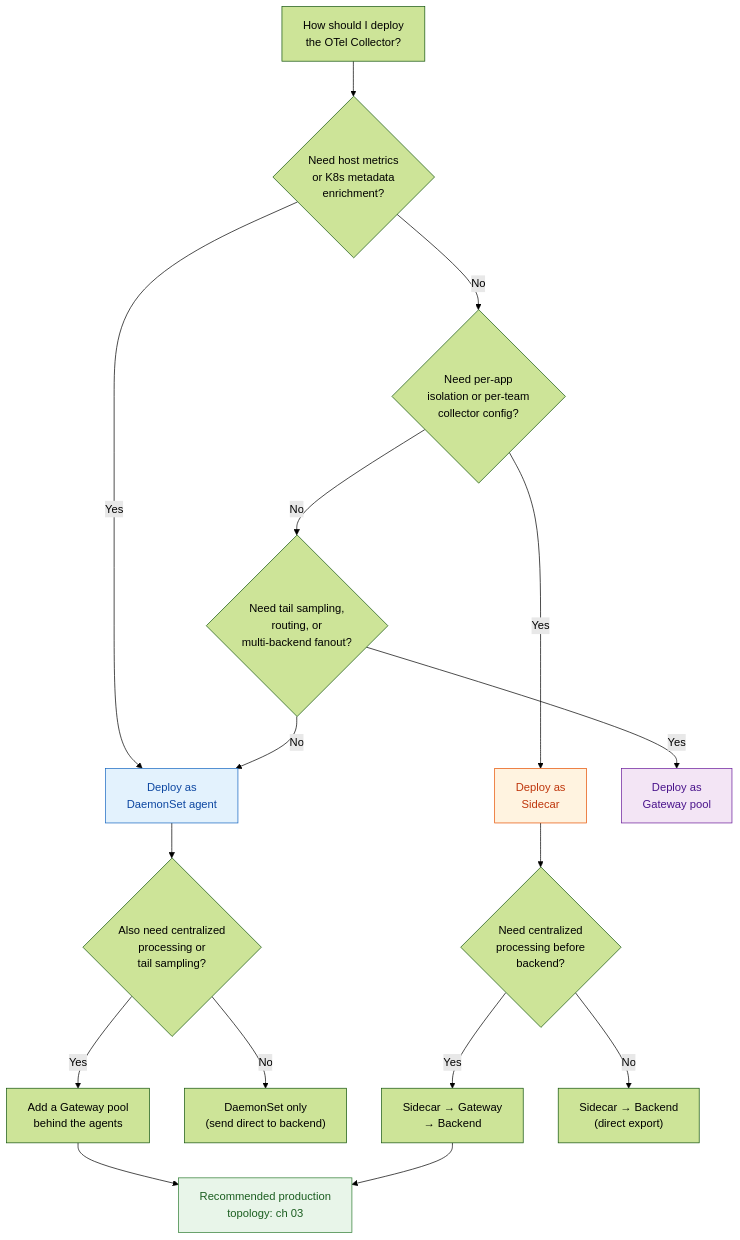
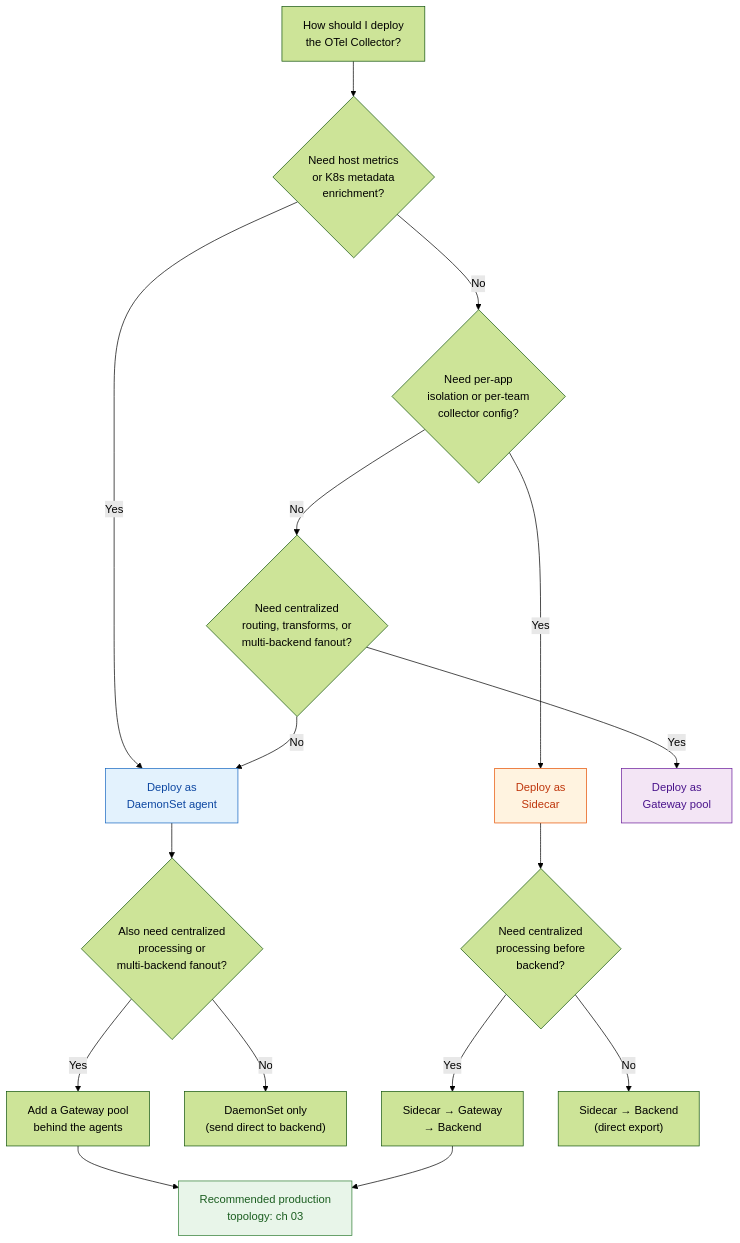
The second of 4 diagrams in 02-deployment-modes.md (andy-dufour/otel-collector-guide), drawn with Mermaid (forest theme) before and after one commit. The commit also changed other lines of this file and 11 other files, not shown here.

Commit message:
Remove tail sampling recommendations — not production-ready

````diff
--- a/02-deployment-modes.md
+++ b/02-deployment-modes.md
@@ -913,29 +912,29 @@
 ```mermaid
 flowchart TD
     START["How should I deploy<br/>the OTel Collector?"] --> Q1{"Need host metrics<br/>or K8s metadata<br/>enrichment?"}
 
     Q1 -->|Yes| DS["Deploy as<br/>DaemonSet agent"]
     Q1 -->|No| Q2{"Need per-app<br/>isolation or per-team<br/>collector config?"}
 
     Q2 -->|Yes| SC["Deploy as<br/>Sidecar"]
-    Q2 -->|No| Q3{"Need tail sampling,<br/>routing, or<br/>multi-backend fanout?"}
+    Q2 -->|No| Q3{"Need centralized<br/>routing, transforms, or<br/>multi-backend fanout?"}
 
     Q3 -->|Yes| GW["Deploy as<br/>Gateway pool"]
     Q3 -->|No| DS
 
-    DS --> Q4{"Also need centralized<br/>processing or<br/>tail sampling?"}
+    DS --> Q4{"Also need centralized<br/>processing or<br/>multi-backend fanout?"}
     Q4 -->|Yes| BOTH["Add a Gateway pool<br/>behind the agents"]
     Q4 -->|No| DONE_DS["DaemonSet only<br/>(send direct to backend)"]
 
     SC --> Q5{"Need centralized<br/>processing before<br/>backend?"}
     Q5 -->|Yes| SC_GW["Sidecar → Gateway<br/>→ Backend"]
     Q5 -->|No| SC_DIRECT["Sidecar → Backend<br/>(direct export)"]
 
     BOTH --> REC["Recommended production<br/>topology: ch 03"]
     SC_GW --> REC
 
     style REC fill:#e8f5e9,stroke:#2e7d32,color:#1b5e20
     style DS fill:#e3f2fd,stroke:#1565c0,color:#0d47a1
     style SC fill:#fff3e0,stroke:#e65100,color:#bf360c
     style GW fill:#f3e5f5,stroke:#6a1b9a,color:#4a148c
 ```
````
